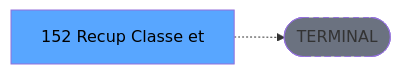
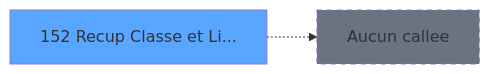
One commit to thonyAGP/magic-migration changed the third of 3 diagrams in .openspec/specs/ADH-IDE-152.md. Above: the diagram before and after it, drawn with Mermaid. The commit also changed other lines of this file and 253 other files, not shown here.

````diff
--- a/.openspec/specs/ADH-IDE-152.md
+++ b/.openspec/specs/ADH-IDE-152.md
@@ -136,8 +303,8 @@
 ```mermaid
 graph LR
-    T[152 Recup Classe et]
-    TERM([TERMINAL])
-    T -.-> TERM
-    style TERM fill:#6b7280,stroke-dasharray: 5 5
-    style T fill:#58a6ff,color:#000
+    T152[152 Recup Classe et Li...]
+    style T152 fill:#58a6ff
+    NONE[Aucun callee]
+    T152 -.-> NONE
+    style NONE fill:#6b7280,stroke-dasharray: 5 5
 ```
````
